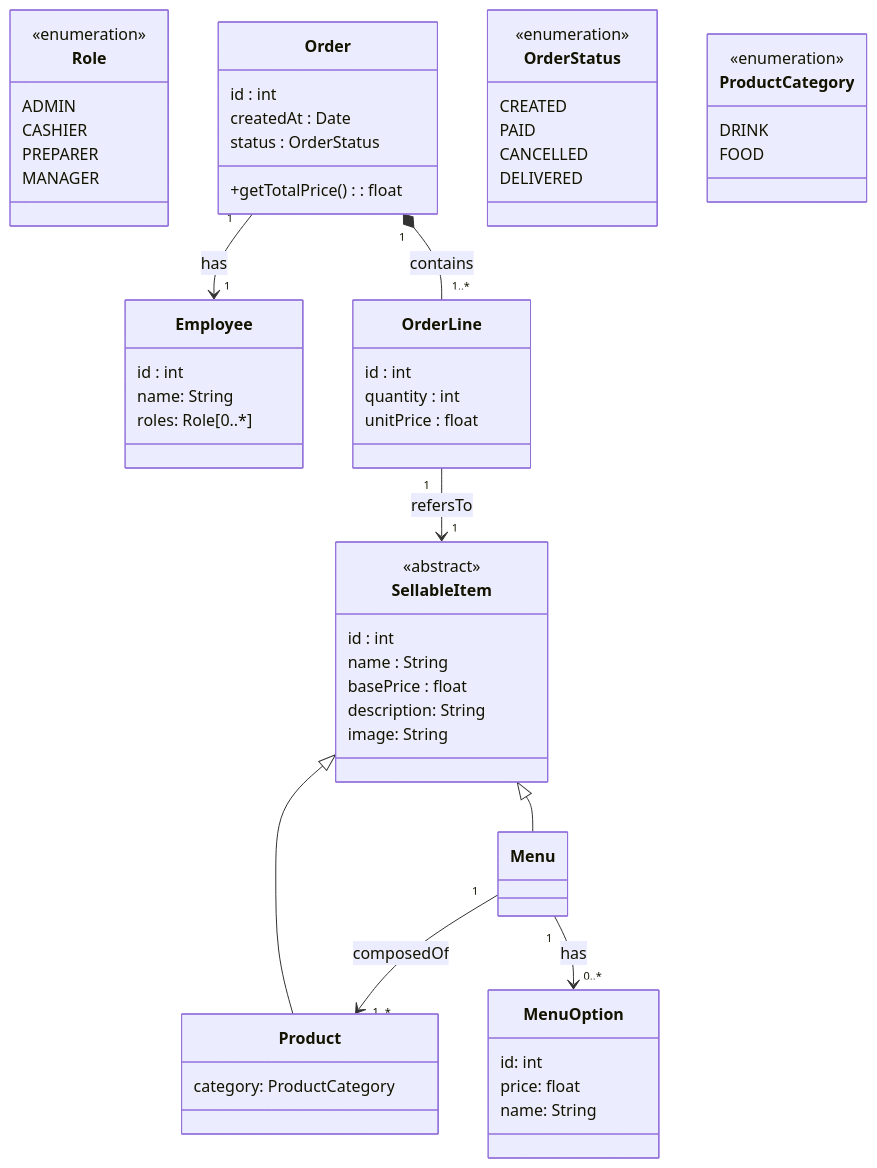
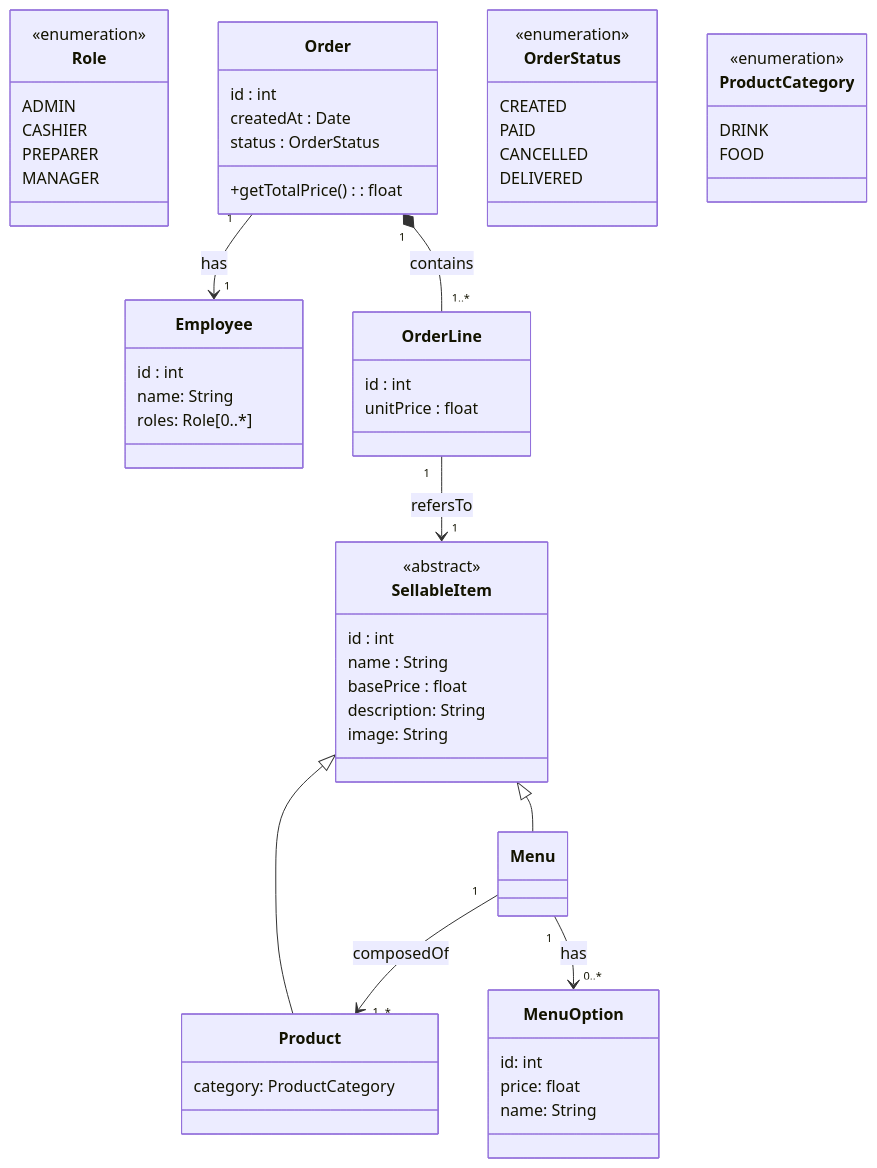
Before and after one commit to Keenegan/wackdo: the diagram in docs/CLASS-DIAGRAM.md, drawn with Mermaid. The commit also changed 7 other files, not shown here.

````diff
--- a/docs/CLASS-DIAGRAM.md
+++ b/docs/CLASS-DIAGRAM.md
@@ -1,75 +1,74 @@
 ```mermaid
 classDiagram
 
     class Employee {
         id : int
         name: String
         roles: Role[0..*]
     }
 
     class Role {
         <<enumeration>>
         ADMIN
         CASHIER
         PREPARER
         MANAGER
     }
 
     class Order {
         id : int
         createdAt : Date
         status : OrderStatus
         +getTotalPrice(): float
     }
 
     class OrderStatus {
         <<enumeration>>
         CREATED
         PAID
         CANCELLED
         DELIVERED
     }
 
     class OrderLine {
         id : int
-        quantity : int
         unitPrice : float
     }
 
     class SellableItem {
         <<abstract>>
         id : int
         name : String
         basePrice : float
         description: String
         image: String
     }
 
     class Product {
         category: ProductCategory
     }
 
     class ProductCategory {
         <<enumeration>>
         DRINK
         FOOD
     }
 
     class Menu {
     }
 
     class MenuOption {
         id: int
         price:  float
         name: String
     }
 
     SellableItem <|-- Product
     SellableItem <|-- Menu
 
     Order "1" *-- "1..*" OrderLine : contains
     OrderLine "1" --> "1" SellableItem : refersTo
     Order "1" --> "1" Employee : has
     Menu "1" --> "1..*" Product : composedOf
     Menu "1" --> "0..*" MenuOption: has
 ```
````
